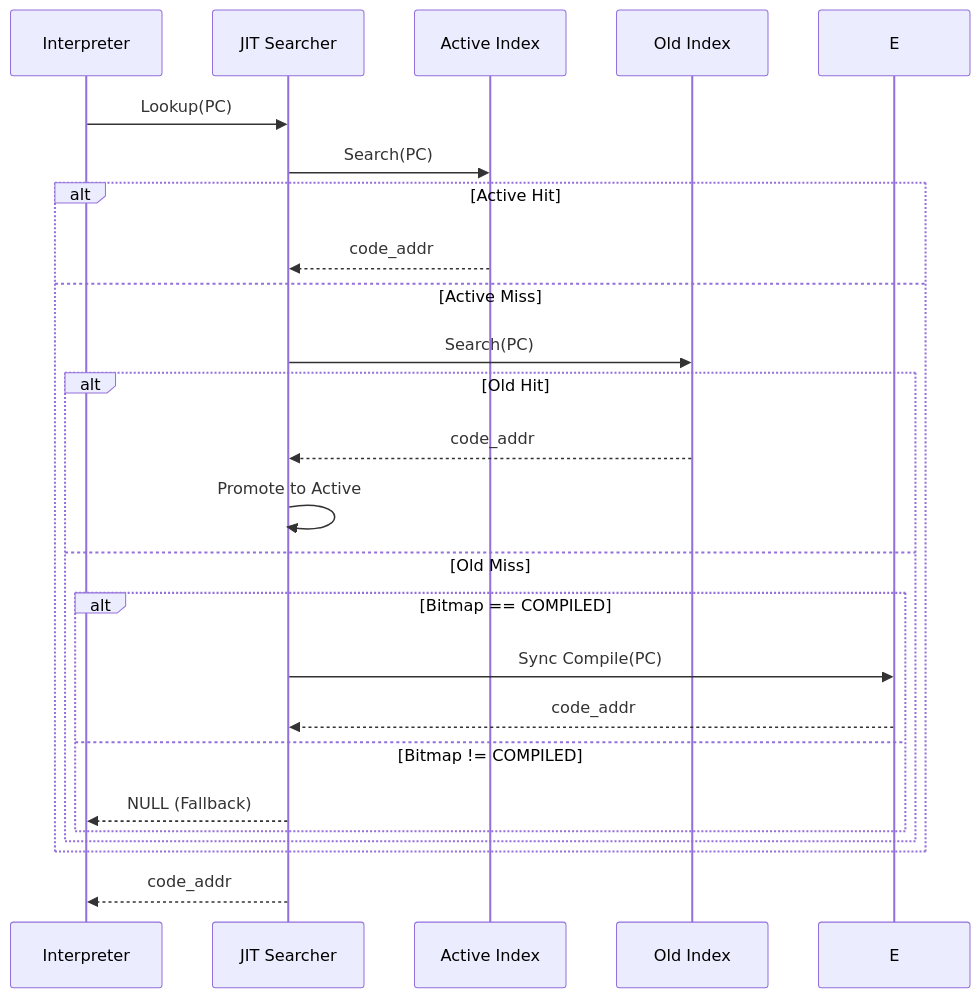
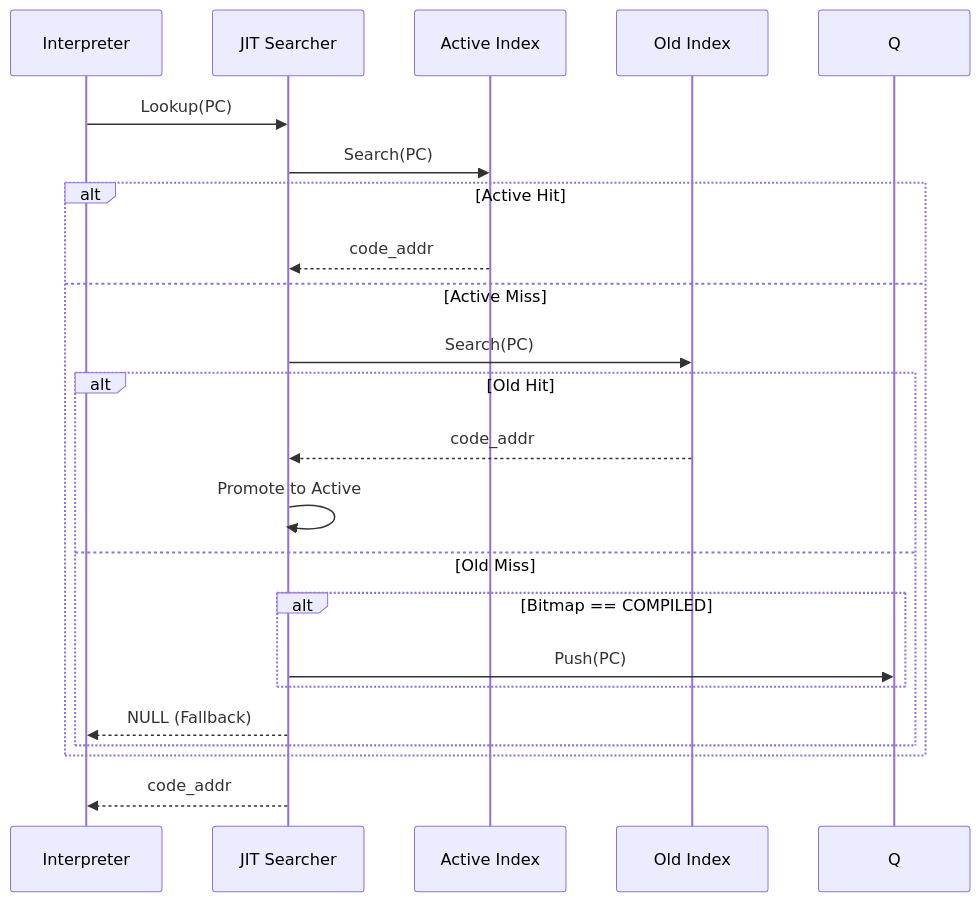
One commit to kmt-t/fireball changed the second of 2 diagrams in docs/orders/components/jit_entry_index.md. Above: the diagram before and after it, drawn with Mermaid. The commit also changed other lines of this file and 2 other files, not shown here.

Commit message:
update jit compiler specs.

````diff
--- a/docs/orders/components/jit_entry_index.md
+++ b/docs/orders/components/jit_entry_index.md
@@ -57,27 +57,25 @@
 ```mermaid
 sequenceDiagram
     participant I as Interpreter
     participant M as JIT Searcher
     participant A as Active Index
     participant O as Old Index
 
     I->>M: Lookup(PC)
     M->>A: Search(PC)
     alt Active Hit
         A-->>M: code_addr
     else Active Miss
         M->>O: Search(PC)
         alt Old Hit
             O-->>M: code_addr
             M->>M: Promote to Active
         else Old Miss
             alt Bitmap == COMPILED
-                M->>E: Sync Compile(PC)
-                E-->>M: code_addr
-            else Bitmap != COMPILED
-                M-->>I: NULL (Fallback)
+                M->>Q: Push(PC)
             end
+            M-->>I: NULL (Fallback)
         end
     end
     M-->>I: code_addr
 ```
````
